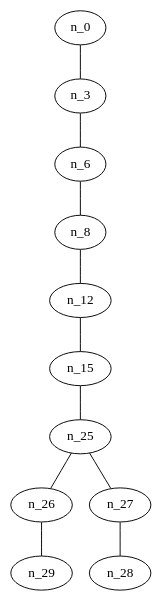
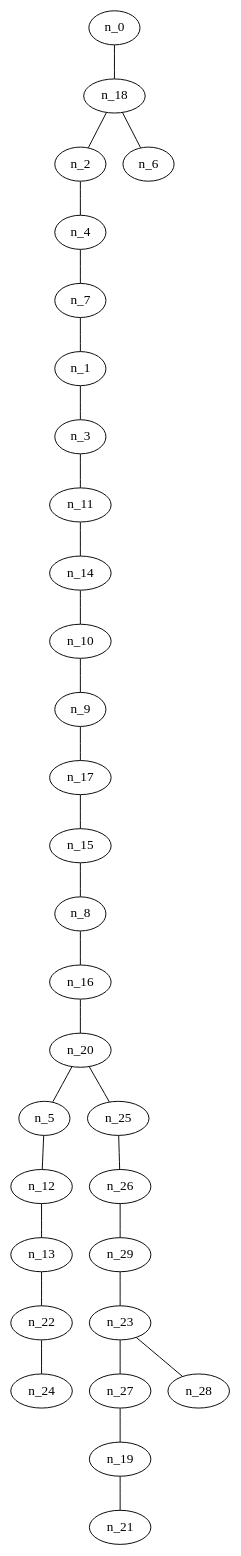
Before and after one commit to AkatzinBH/DAA: the diagram in Proyecto2/30 Nodos/Geografico/grafoGeografico_30_30_DFS_R.gv, drawn with Graphviz. The commit also changed 3 other files, not shown here.

```diff
--- a/Proyecto2/30 Nodos/Geografico/grafoGeografico_30_30_DFS_R.gv
+++ b/Proyecto2/30 Nodos/Geografico/grafoGeografico_30_30_DFS_R.gv
@@ -1,23 +1,61 @@
 graph grafoGeografico_30_30_DFS_R  {
 n_0;
+n_18;
+n_2;
+n_4;
+n_7;
+n_1;
 n_3;
-n_6;
+n_11;
+n_14;
+n_10;
+n_9;
+n_17;
+n_15;
 n_8;
+n_16;
+n_20;
+n_5;
 n_12;
-n_15;
+n_13;
+n_22;
+n_24;
 n_25;
 n_26;
 n_29;
+n_23;
 n_27;
+n_19;
+n_21;
 n_28;
-n_0 -- n_3;
-n_3 -- n_6;
-n_6 -- n_8;
-n_8 -- n_12;
-n_12 -- n_15;
-n_15 -- n_25;
+n_6;
+n_0 -- n_18;
+n_18 -- n_2;
+n_2 -- n_4;
+n_4 -- n_7;
+n_7 -- n_1;
+n_1 -- n_3;
+n_3 -- n_11;
+n_11 -- n_14;
+n_14 -- n_10;
+n_10 -- n_9;
+n_9 -- n_17;
+n_17 -- n_15;
+n_15 -- n_8;
+n_8 -- n_16;
+n_16 -- n_20;
+n_20 -- n_5;
+n_5 -- n_12;
+n_12 -- n_13;
+n_13 -- n_22;
+n_22 -- n_24;
+n_20 -- n_25;
 n_25 -- n_26;
 n_26 -- n_29;
-n_25 -- n_27;
-n_27 -- n_28;
+n_29 -- n_23;
+n_23 -- n_27;
+n_27 -- n_19;
+n_19 -- n_21;
+n_23 -- n_28;
+n_18 -- n_6;
 }
```
